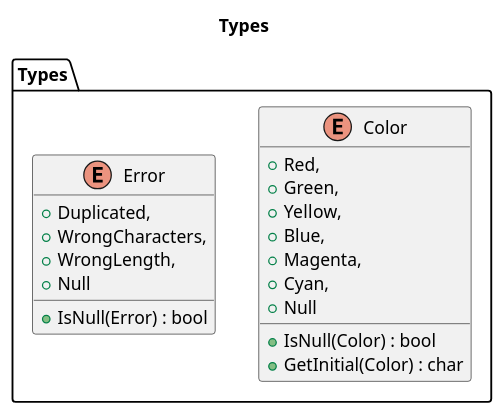
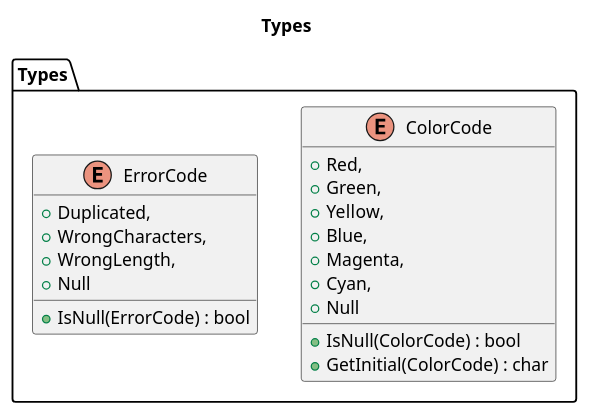
The diagram in src/Mastermind/DocumentView/WitOutFactoryMethod/Docs/Types.plantuml (franpaulinoinfante/MasterSoftwareDevelopment), drawn with PlantUML before and after one commit. The commit also changed 3 other files, not shown here.

```diff
--- a/src/Mastermind/DocumentView/WitOutFactoryMethod/Docs/Types.plantuml
+++ b/src/Mastermind/DocumentView/WitOutFactoryMethod/Docs/Types.plantuml
@@ -1,24 +1,24 @@
 @startuml Types
 title Types
 namespace Types{
-    enum Color{
+    enum ColorCode{
         +Red,
         +Green,
         +Yellow,
         +Blue,
         +Magenta,
         +Cyan,
         +Null
-        +IsNull(Color) : bool
-        +GetInitial(Color) : char
+        +IsNull(ColorCode) : bool
+        +GetInitial(ColorCode) : char
     }
 
-    enum Error{
+    enum ErrorCode{
         +Duplicated,
         +WrongCharacters,
         +WrongLength,
         +Null
-        +IsNull(Error) : bool
+        +IsNull(ErrorCode) : bool
     }
 }
 @enduml
```
